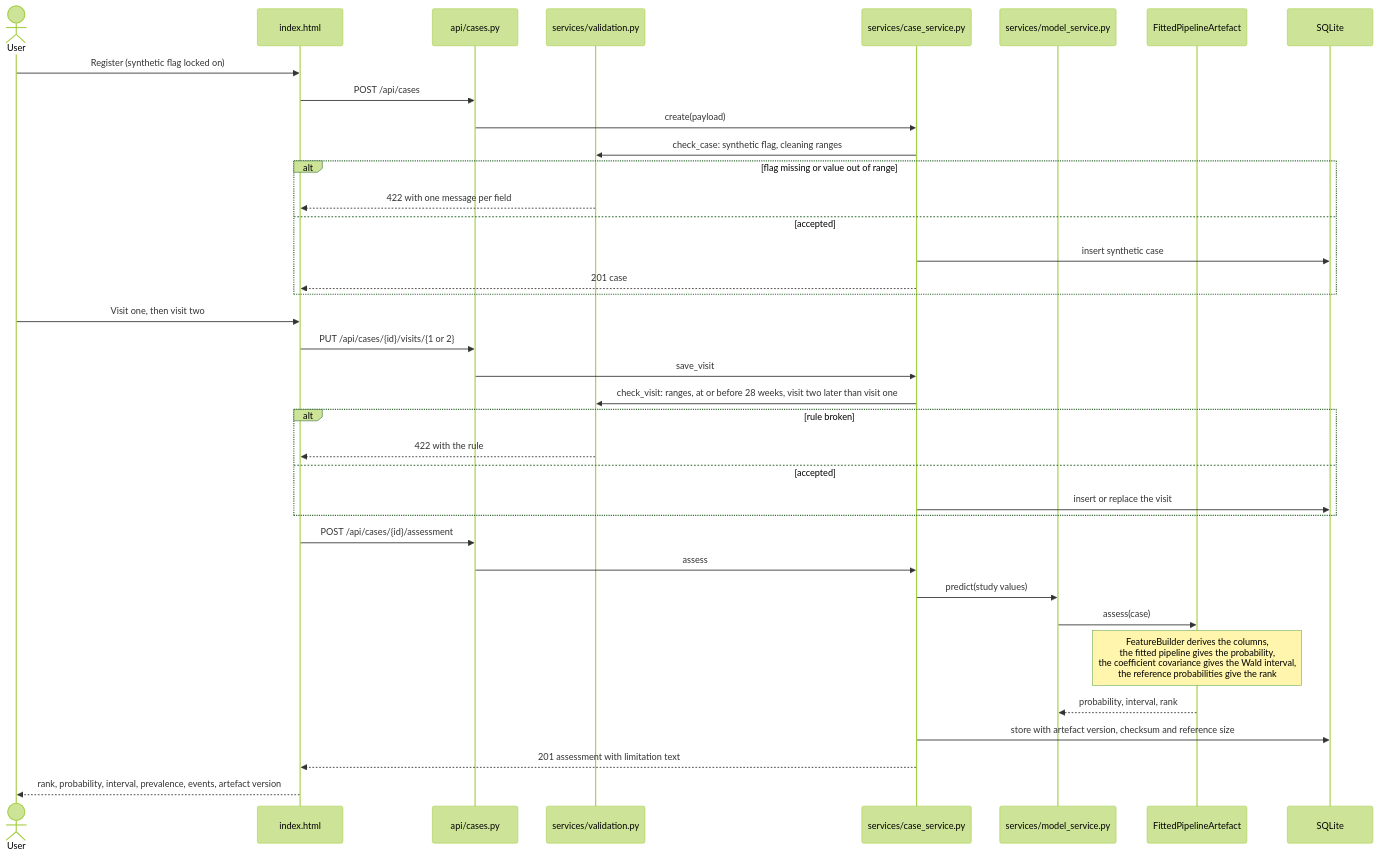
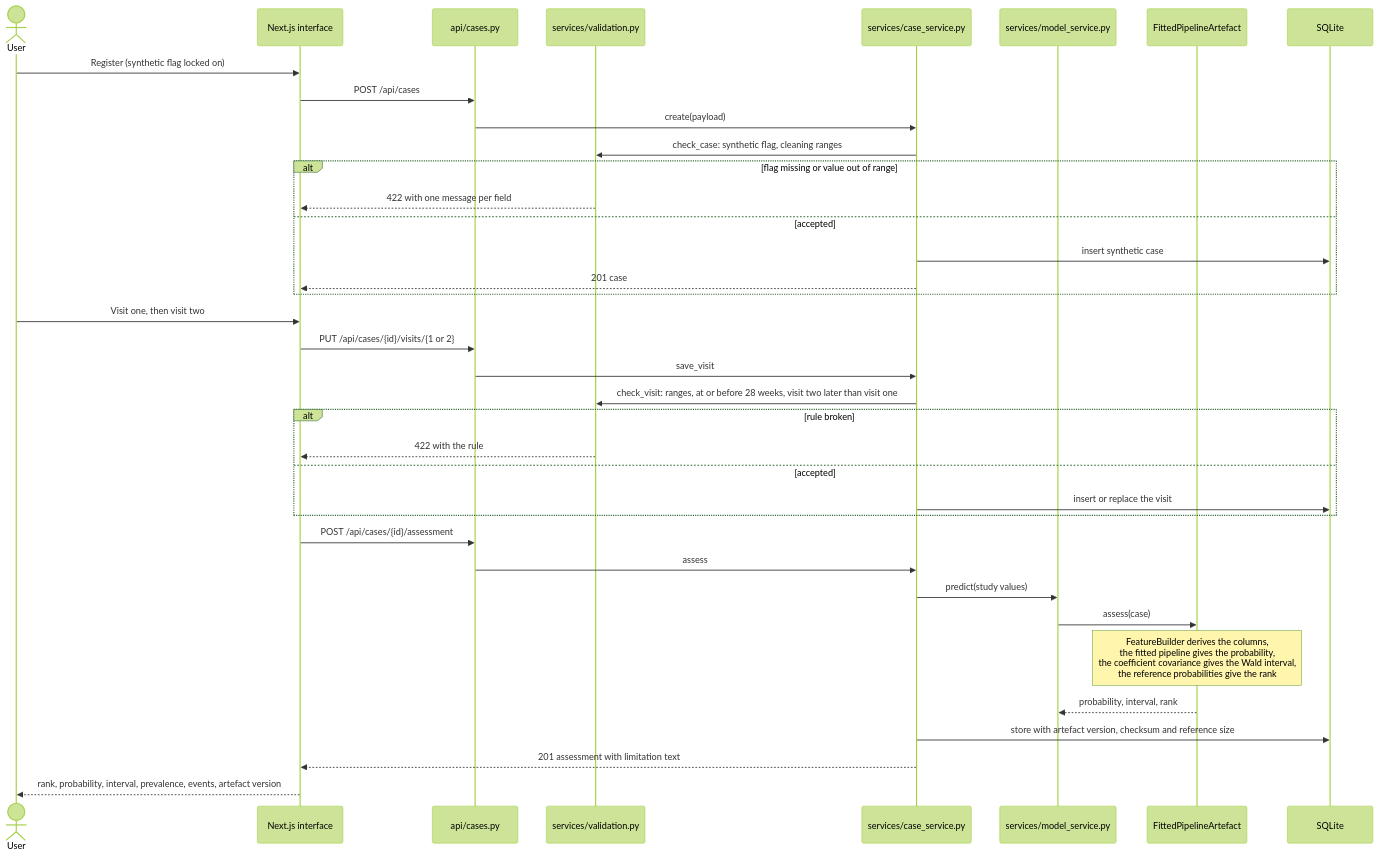
The second of 3 diagrams in docs/ARCHITECTURE.md (Kelvin364/Antanental_risk_model), drawn with Mermaid (forest theme) before and after one commit. The commit also changed other lines of this file and 76 other files, not shown here.

````diff
--- a/docs/ARCHITECTURE.md
+++ b/docs/ARCHITECTURE.md
@@ -95,40 +97,40 @@
 ```mermaid
 sequenceDiagram
     actor User
-    participant Page as index.html
+    participant Page as Next.js interface
     participant API as api/cases.py
     participant Rules as services/validation.py
     participant Cases as services/case_service.py
     participant Model as services/model_service.py
     participant Artefact as FittedPipelineArtefact
     participant DB as SQLite
 
     User->>Page: Register (synthetic flag locked on)
     Page->>API: POST /api/cases
     API->>Cases: create(payload)
     Cases->>Rules: check_case: synthetic flag, cleaning ranges
     alt flag missing or value out of range
         Rules-->>Page: 422 with one message per field
     else accepted
         Cases->>DB: insert synthetic case
         Cases-->>Page: 201 case
     end
     User->>Page: Visit one, then visit two
     Page->>API: PUT /api/cases/{id}/visits/{1 or 2}
     API->>Cases: save_visit
     Cases->>Rules: check_visit: ranges, at or before 28 weeks, visit two later than visit one
     alt rule broken
         Rules-->>Page: 422 with the rule
     else accepted
         Cases->>DB: insert or replace the visit
     end
     Page->>API: POST /api/cases/{id}/assessment
     API->>Cases: assess
     Cases->>Model: predict(study values)
     Model->>Artefact: assess(case)
     Note over Artefact: FeatureBuilder derives the columns,<br/>the fitted pipeline gives the probability,<br/>the coefficient covariance gives the Wald interval,<br/>the reference probabilities give the rank
     Artefact-->>Model: probability, interval, rank
     Cases->>DB: store with artefact version, checksum and reference size
     Cases-->>Page: 201 assessment with limitation text
     Page-->>User: rank, probability, interval, prevalence, events, artefact version
 ```
````
